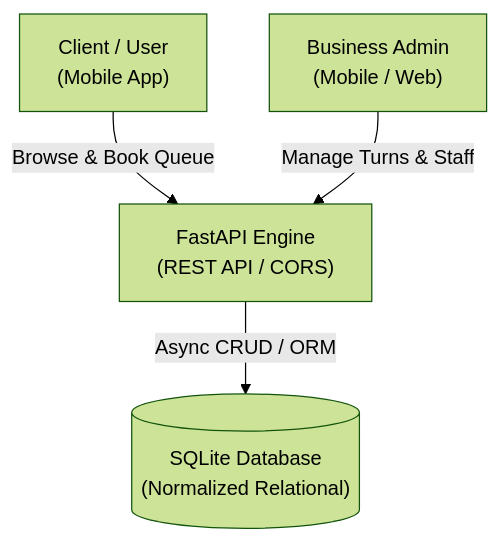
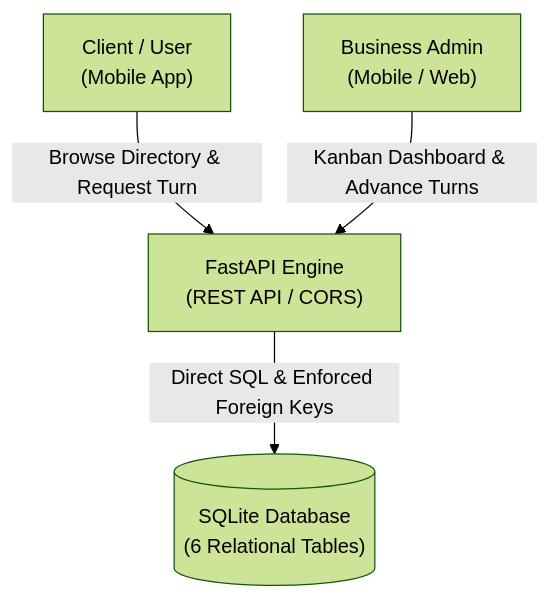
One commit to josecarvajal1058/Muvior changed the first of 2 diagrams in README.md. Above: the diagram before and after it, drawn with Mermaid (forest theme). The commit also changed other lines of this file and 7 other files, not shown here.

Commit message:
fix(backend): enforce SQLite foreign keys, hash passwords and add requirements

````diff
--- a/README.md
+++ b/README.md
@@ -26,11 +26,11 @@
 ```mermaid
 graph TD
     Client["Client / User\n(Mobile App)"]
     Admin["Business Admin\n(Mobile / Web)"]
     API["FastAPI Engine\n(REST API / CORS)"]
-    DB[("SQLite Database\n(Normalized Relational)")]
+    DB[("SQLite Database\n(6 Relational Tables)")]
 
-    Client -->|Browse & Book Queue| API
-    Admin -->|Manage Turns & Staff| API
-    API -->|Async CRUD / ORM| DB
+    Client -->|Browse Directory & Request Turn| API
+    Admin -->|Kanban Dashboard & Advance Turns| API
+    API -->|Direct SQL & Enforced Foreign Keys| DB
 ```
````
